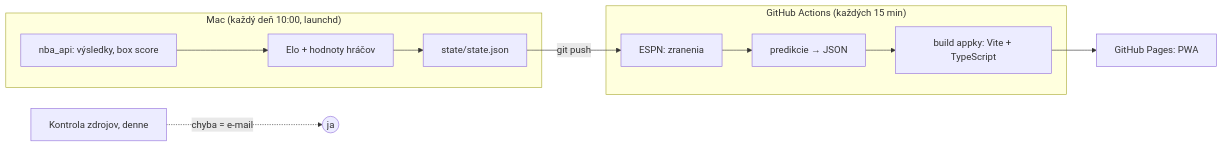
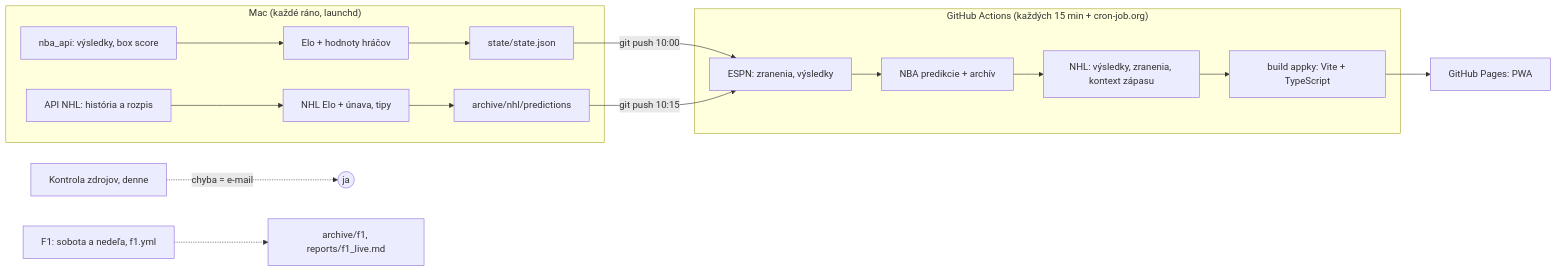
One commit to peterolah-qa/team-pulse changed the diagram in README.md. Above: the diagram before and after it, drawn with Mermaid. The commit also changed other lines of this file and 4 other files, not shown here.

````diff
--- a/README.md
+++ b/README.md
@@ -52,14 +77,19 @@
 ```mermaid
 flowchart LR
-  subgraph Mac["Mac (každý deň 10:00, launchd)"]
+  subgraph Mac["Mac (každé ráno, launchd)"]
     A[nba_api: výsledky, box score] --> B[Elo + hodnoty hráčov]
-    B --> C[state/state.json]
+    B --> C["state/state.json"]
+    N[API NHL: história a rozpis] --> M[NHL Elo + únava, tipy]
+    M --> T["archive/nhl/predictions"]
   end
-  C -->|git push| D
-  subgraph GH["GitHub Actions (každých 15 min)"]
-    D[ESPN: zranenia] --> E[predikcie → JSON]
-    E --> F[build appky: Vite + TypeScript]
+  C -->|"git push 10:00"| D
+  T -->|"git push 10:15"| D
+  subgraph GH["GitHub Actions (každých 15 min + cron-job.org)"]
+    D[ESPN: zranenia, výsledky] --> E[NBA predikcie + archív]
+    E --> K[NHL: výsledky, zranenia, kontext zápasu]
+    K --> F[build appky: Vite + TypeScript]
   end
   F --> G[GitHub Pages: PWA]
   H[Kontrola zdrojov, denne] -.->|chyba = e-mail| I((ja))
+  J["F1: sobota a nedeľa, f1.yml"] -.-> L["archive/f1, reports/f1_live.md"]
 ```
````
